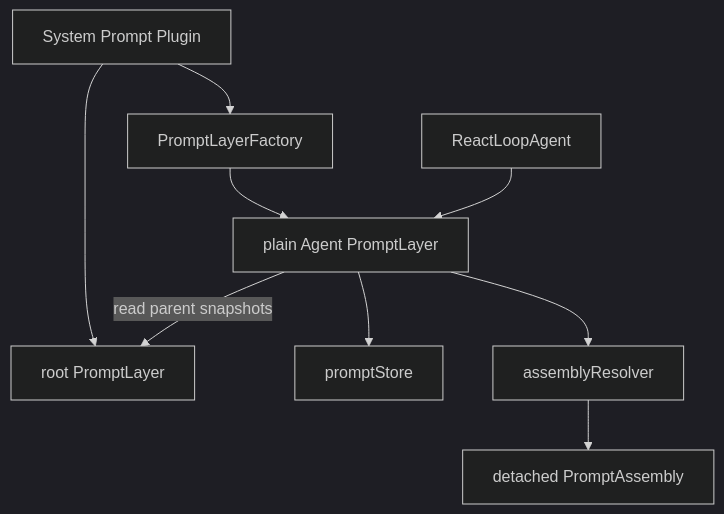
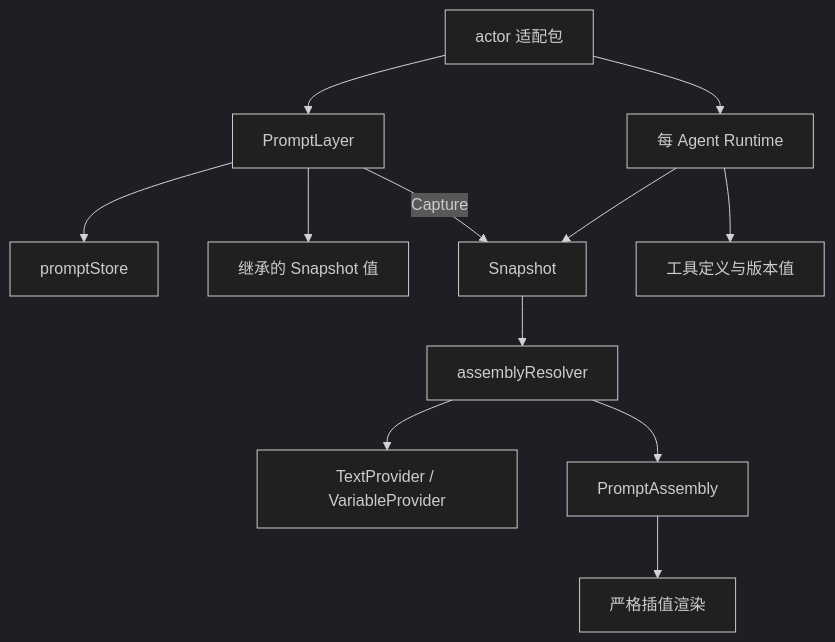
The first of 2 diagrams in systemprompt/README.zh-CN.md (gorenx/goren), drawn with Mermaid (dark theme) before and after one commit. The commit also changed other lines of this file and 28 other files, not shown here.

````diff
--- a/systemprompt/README.zh-CN.md
+++ b/systemprompt/README.zh-CN.md
@@ -13,11 +37,14 @@
 ```mermaid
 flowchart TD
-    Plugin[System Prompt Plugin] --> Root[root PromptLayer]
-    Plugin --> Factory[PromptLayerFactory]
-    Factory --> AgentLayer[plain Agent PromptLayer]
-    AgentLayer -->|read parent snapshots| Root
-    AgentLayer --> Store[promptStore]
-    RLA[ReactLoopAgent] --> AgentLayer
-    AgentLayer --> Assembly[assemblyResolver]
-    Assembly --> Result[detached PromptAssembly]
+    Adapter[actor 适配包] --> Layer[PromptLayer]
+    Adapter --> Runtime[每 Agent Runtime]
+    Layer --> Store[promptStore]
+    Layer --> Base[继承的 Snapshot 值]
+    Layer -->|Capture| Snapshot[Snapshot]
+    Runtime --> Snapshot
+    Runtime --> Tools[工具定义与版本值]
+    Snapshot --> Resolver[assemblyResolver]
+    Resolver --> Providers[TextProvider / VariableProvider]
+    Resolver --> Result[PromptAssembly]
+    Result --> Render[严格插值渲染]
 ```
````
